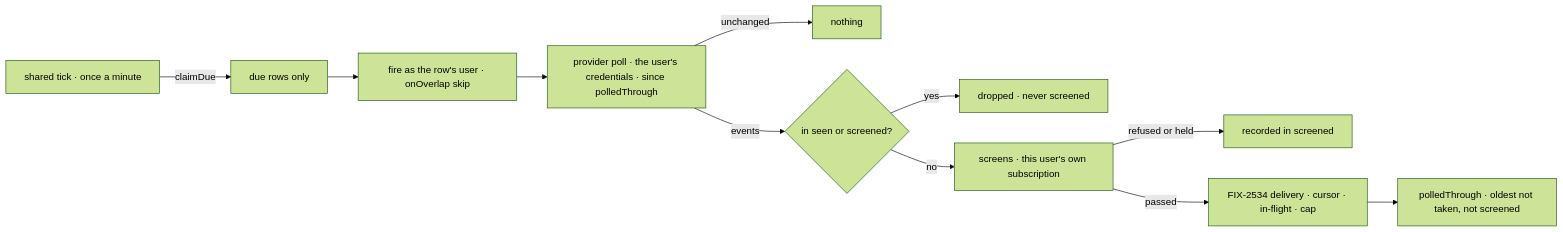
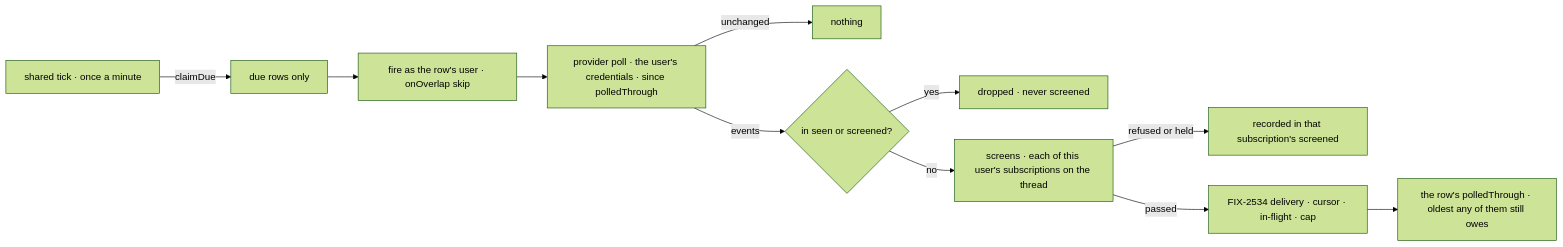
The second of 2 diagrams in specs/issues/FIX-2536/SPEC.md (fixpoint-labs/flow-state-dev), drawn with Mermaid (forest theme) before and after one commit. The commit also changed other lines of this file and 8 other files, not shown here.

First line of the commit message:
spec(FIX-2536): one poll per user and thread (owner, 2026-11-09)

````diff
--- a/specs/issues/FIX-2536/SPEC.md
+++ b/specs/issues/FIX-2536/SPEC.md
@@ -94,13 +94,13 @@
 ```mermaid
 flowchart LR
   T["shared tick · once a minute"] -->|"claimDue"| R["due rows only"]
   R --> F["fire as the row's user · onOverlap skip"]
   F --> P["provider poll · the user's credentials · since polledThrough"]
   P -->|"unchanged"| Z["nothing"]
   P -->|"events"| Q{"in seen or screened?"}
   Q -->|"yes"| Y["dropped · never screened"]
-  Q -->|"no"| C["screens · this user's own subscription"]
-  C -->|"refused or held"| SC["recorded in screened"]
+  Q -->|"no"| C["screens · each of this user's subscriptions on the thread"]
+  C -->|"refused or held"| SC["recorded in that subscription's screened"]
   C -->|"passed"| D["FIX-2534 delivery · cursor · in-flight · cap"]
-  D --> M["polledThrough · oldest not taken, not screened"]
+  D --> M["the row's polledThrough · oldest any of them still owes"]
 ```
````
